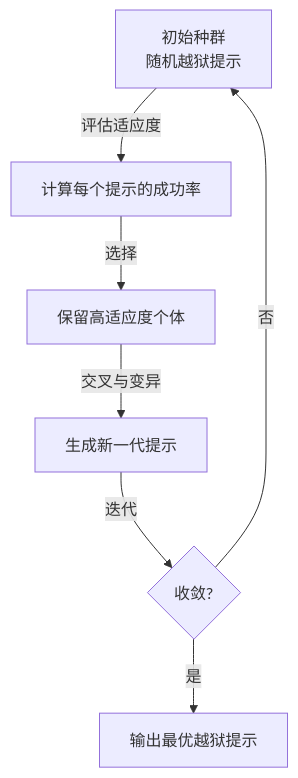
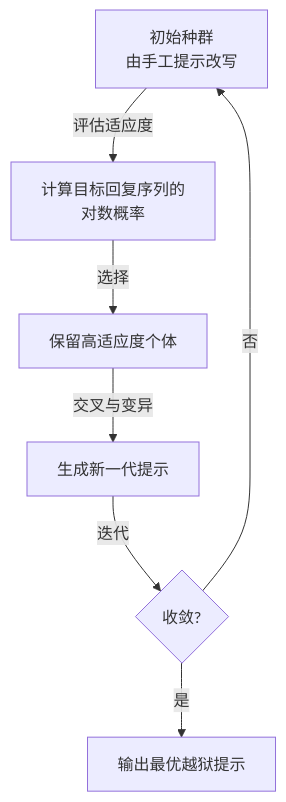
One commit to yeasy/ai_security_guide changed the fourth of 6 diagrams in 05_jailbreak/5.6_automated_jailbreak_methods.md. Above: the diagram before and after it, drawn with Mermaid. The commit also changed other lines of this file and 133 other files, not shown here.

````diff
--- a/05_jailbreak/5.6_automated_jailbreak_methods.md
+++ b/05_jailbreak/5.6_automated_jailbreak_methods.md
@@ -201,9 +169,9 @@
 ```mermaid
 graph TD
-    A["初始种群<br/>随机越狱提示"] -->|评估适应度| B["计算每个提示的成功率"]
+    A["初始种群<br/>由手工提示改写"] -->|评估适应度| B["计算目标回复序列的<br/>对数概率"]
     B -->|选择| C["保留高适应度个体"]
     C -->|交叉与变异| D["生成新一代提示"]
     D -->|迭代| E{"收敛?"}
     E -->|否| A
     E -->|是| F["输出最优越狱提示"]
 ```
````
